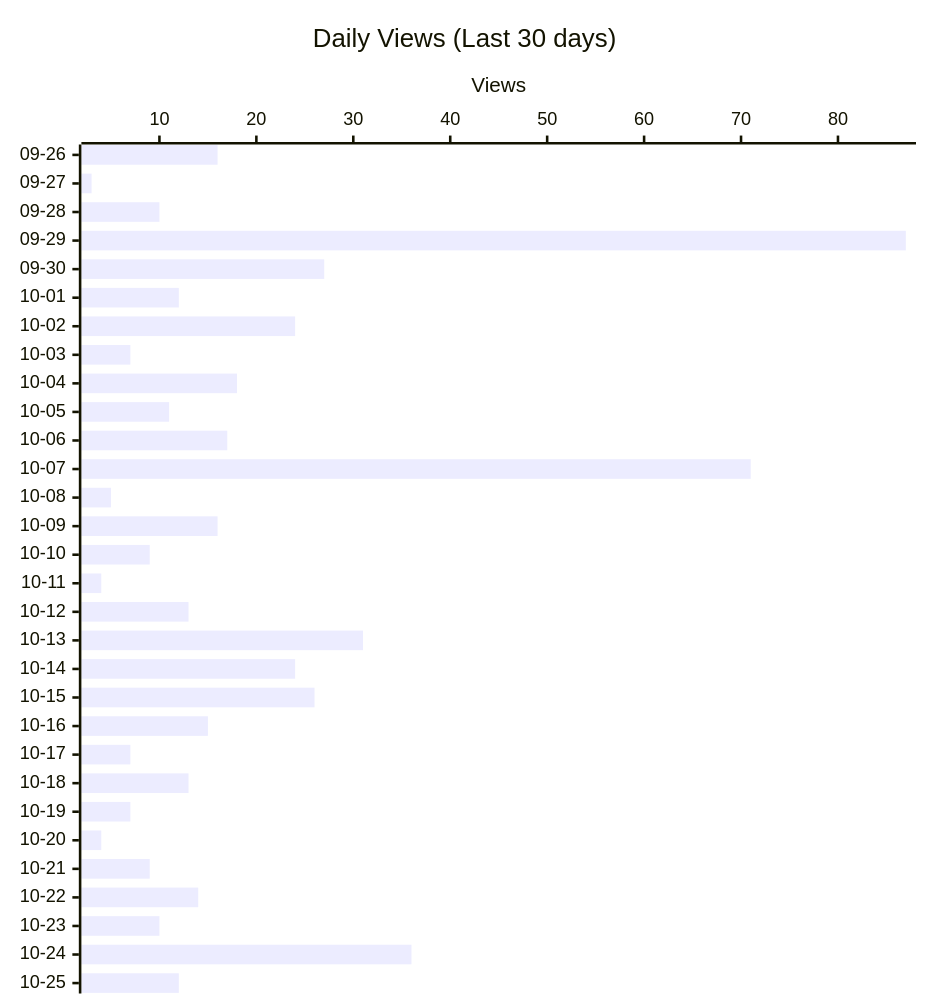
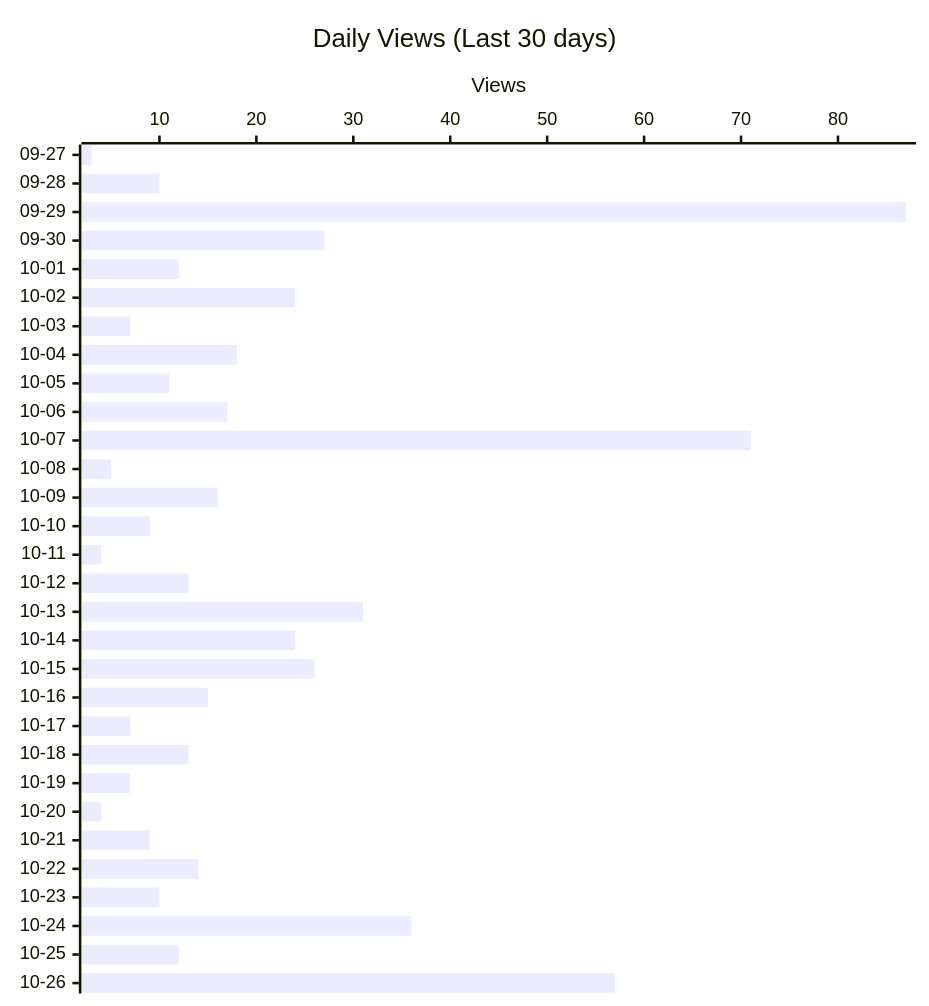
One commit to shigechika/github-insights changed the second of 4 diagrams in README.md. Above: the diagram before and after it, drawn with Mermaid. The commit also changed other lines of this file and 1 other file, not shown here.

````diff
--- a/README.md
+++ b/README.md
@@ -28,12 +28,12 @@
 ```mermaid
 ---
 config:
   xyChart:
     height: 760
 ---
 xychart-beta horizontal
     title "Daily Views (Last 30 days)"
-    x-axis ["09-26", "09-27", "09-28", "09-29", "09-30", "10-01", "10-02", "10-03", "10-04", "10-05", "10-06", "10-07", "10-08", "10-09", "10-10", "10-11", "10-12", "10-13", "10-14", "10-15", "10-16", "10-17", "10-18", "10-19", "10-20", "10-21", "10-22", "10-23", "10-24", "10-25"]
+    x-axis ["09-27", "09-28", "09-29", "09-30", "10-01", "10-02", "10-03", "10-04", "10-05", "10-06", "10-07", "10-08", "10-09", "10-10", "10-11", "10-12", "10-13", "10-14", "10-15", "10-16", "10-17", "10-18", "10-19", "10-20", "10-21", "10-22", "10-23", "10-24", "10-25", "10-26"]
     y-axis "Views"
-    bar [16, 3, 10, 87, 27, 12, 24, 7, 18, 11, 17, 71, 5, 16, 9, 4, 13, 31, 24, 26, 15, 7, 13, 7, 4, 9, 14, 10, 36, 12]
+    bar [3, 10, 87, 27, 12, 24, 7, 18, 11, 17, 71, 5, 16, 9, 4, 13, 31, 24, 26, 15, 7, 13, 7, 4, 9, 14, 10, 36, 12, 57]
 ```
````
